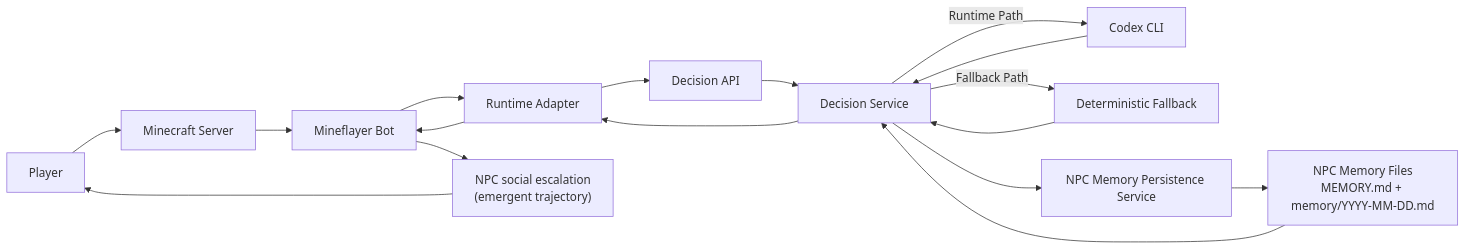
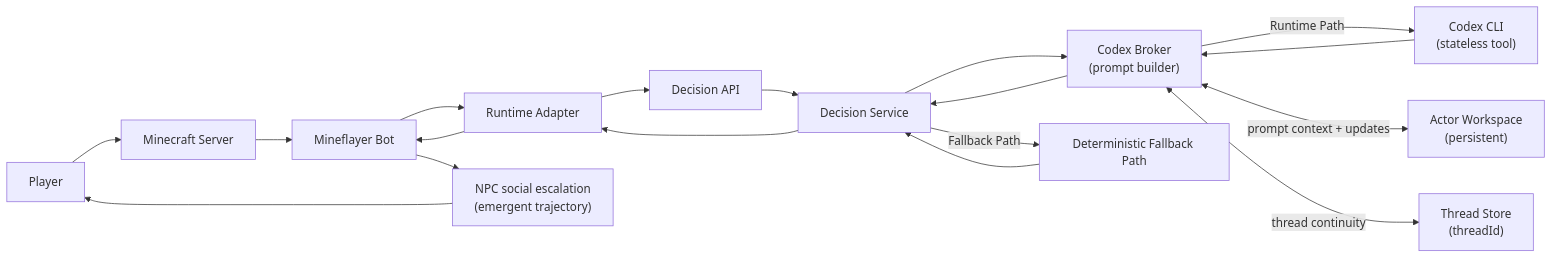
Before and after one commit to gigio1023/dream-of-one: the first of 3 diagrams in README.md, drawn with Mermaid. The commit also changed other lines of this file and 3 other files, not shown here.

First line of the commit message:
docs: clarify Actor Workspace ↔ Codex prompt coupling in Mermaid

````diff
--- a/README.md
+++ b/README.md
@@ -43,19 +43,20 @@
 ```mermaid
 flowchart LR
   Player["Player"] --> McServer["Minecraft Server"]
   McServer --> Bot["Mineflayer Bot"]
   Bot --> Adapter["Runtime Adapter"]
   Adapter --> API["Decision API"]
   API --> Service["Decision Service"]
-  Service -->|Runtime Path| Codex["Codex CLI"]
-  Service -->|Fallback Path| Fallback["Deterministic Fallback"]
-  Codex --> Service
+  Service --> Broker["Codex Broker\n(prompt builder)"]
+  Broker -->|Runtime Path| Codex["Codex CLI\n(stateless tool)"]
+  Service -->|Fallback Path| Fallback["Deterministic Fallback Path"]
+  Codex --> Broker
+  Broker --> Service
   Fallback --> Service
-  Service --> MemoryWriter["NPC Memory Persistence Service"]
-  MemoryWriter --> MemoryFiles["NPC Memory Files\nMEMORY.md + memory/YYYY-MM-DD.md"]
-  MemoryFiles --> Service
+  Broker <-->|prompt context + updates| Workspace["Actor Workspace\n(persistent)"]
+  Broker <-->|thread continuity| Thread["Thread Store\n(threadId)"]
   Service --> Adapter
   Adapter --> Bot
   Bot --> Social["NPC social escalation\n(emergent trajectory)"]
   Social --> Player
 ```
````
